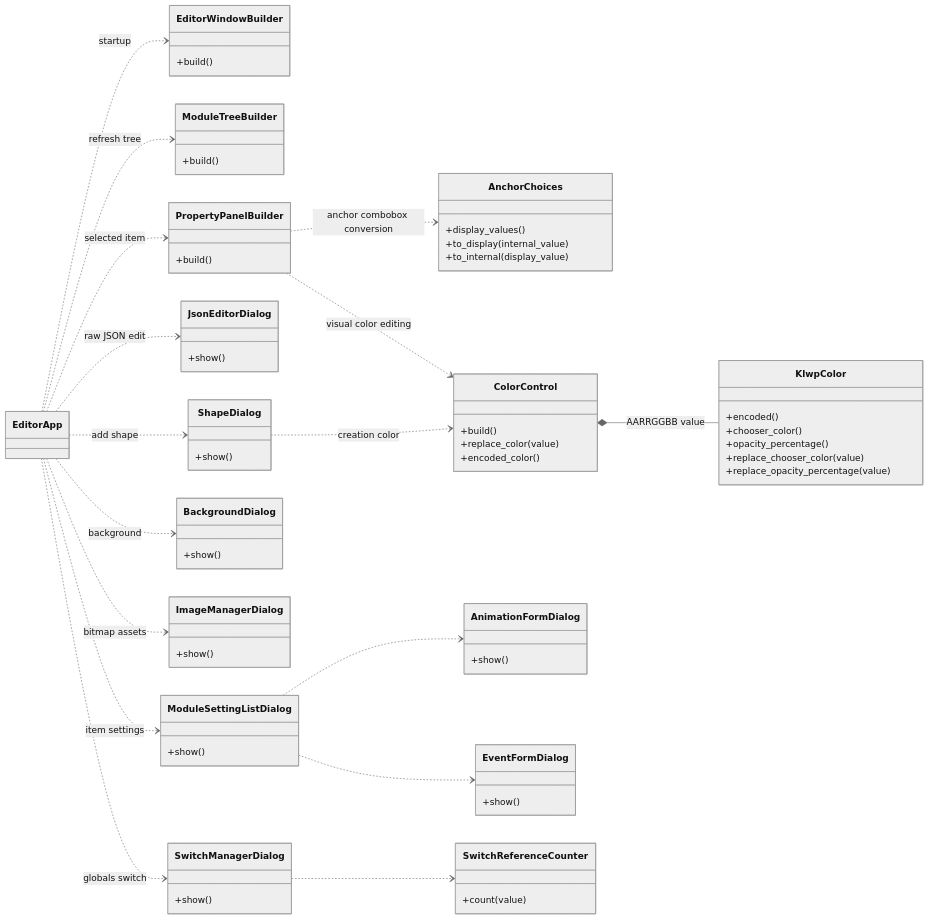
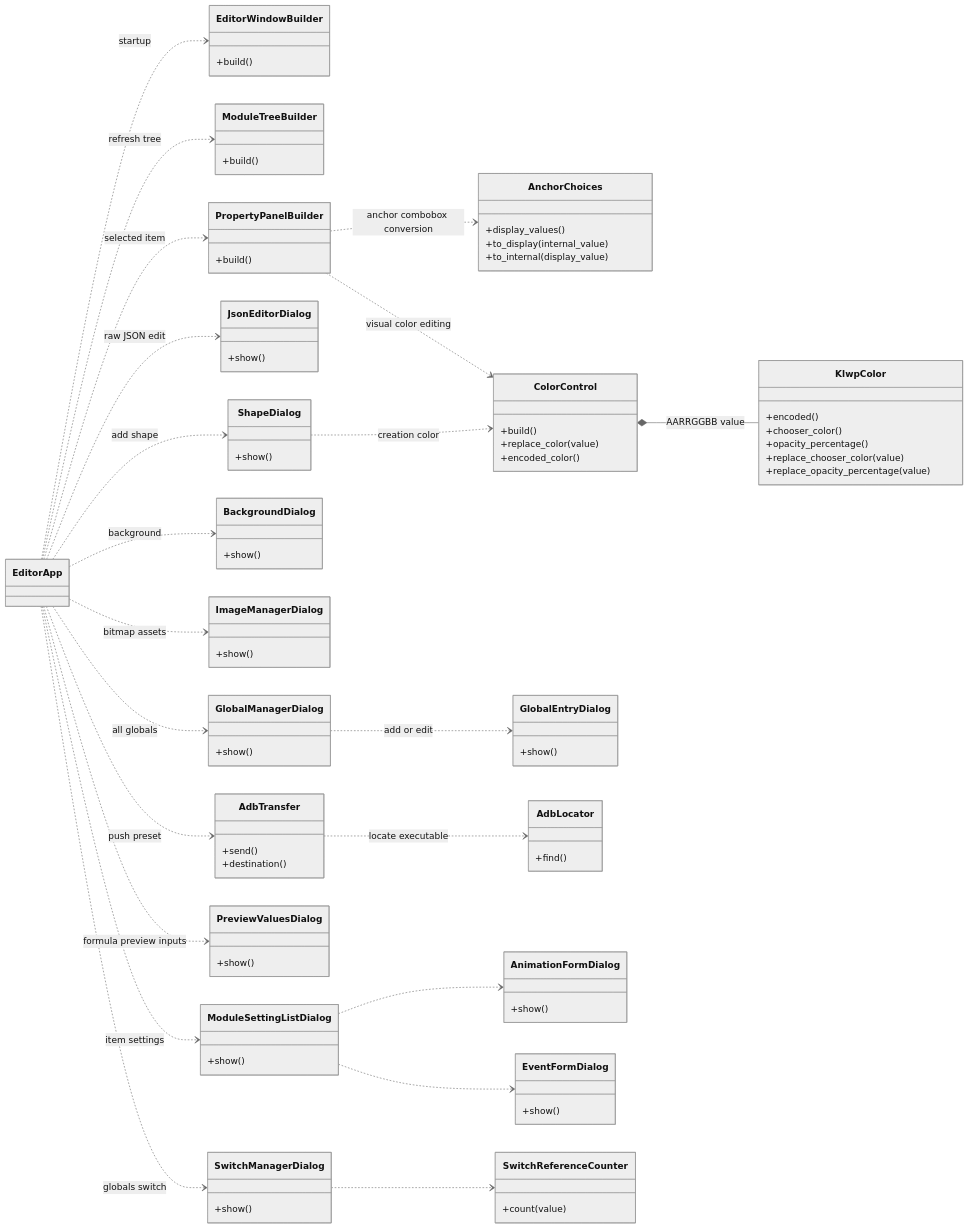
Before and after one commit to k014c1287/klwp_pc_editor: the fifth of 13 diagrams in doc/KLWPエディタ_設計仕様.md, drawn with Mermaid (neutral theme). The commit also changed other lines of this file and 26 other files, not shown here.

```diff
--- a/doc/KLWPエディタ_設計仕様.md
+++ b/doc/KLWPエディタ_設計仕様.md
@@ -488,6 +516,22 @@
     class SwitchManagerDialog {
         +show()
     }
+    class GlobalManagerDialog {
+        +show()
+    }
+    class GlobalEntryDialog {
+        +show()
+    }
+    class PreviewValuesDialog {
+        +show()
+    }
+    class AdbTransfer {
+        +send()
+        +destination()
+    }
+    class AdbLocator {
+        +find()
+    }
     class ModuleSettingListDialog {
         +show()
     }
@@ -513,6 +557,11 @@
     EditorApp ..> BackgroundDialog : background
     EditorApp ..> ImageManagerDialog : bitmap assets
     EditorApp ..> SwitchManagerDialog : globals switch
+    EditorApp ..> GlobalManagerDialog : all globals
+    GlobalManagerDialog ..> GlobalEntryDialog : add or edit
+    EditorApp ..> PreviewValuesDialog : formula preview inputs
+    EditorApp ..> AdbTransfer : push preset
+    AdbTransfer ..> AdbLocator : locate executable
     EditorApp ..> ModuleSettingListDialog : item settings
     ModuleSettingListDialog ..> AnimationFormDialog
     ModuleSettingListDialog ..> EventFormDialog
```
